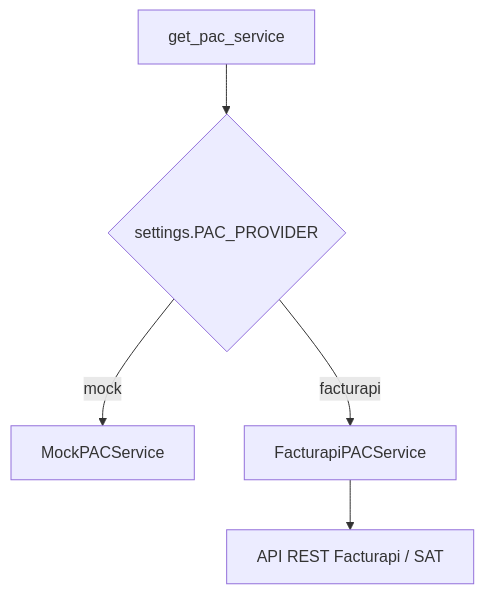
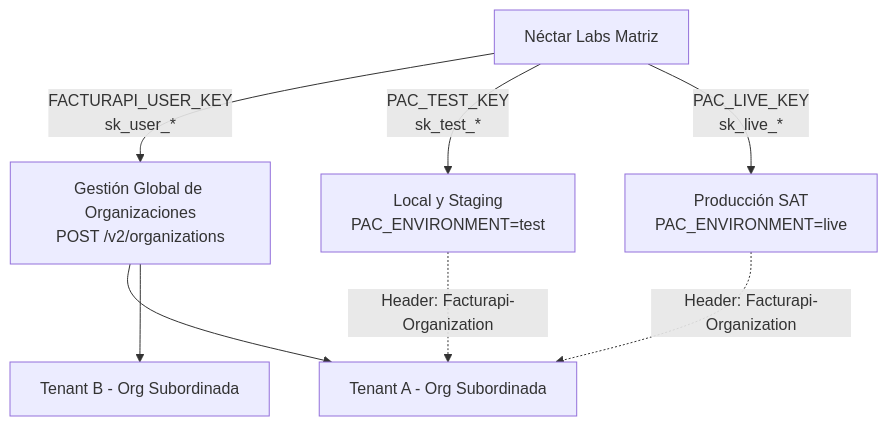
Before and after one commit to Finanzasparahippies/nectarlabs: the diagram in backend/apps/billing/PAC_INTEGRATION_GUIDE.md, drawn with Mermaid. The commit also changed other lines of this file and 33 other files, not shown here.

Commit message:
feat(billing,shipping): facturapi v2 y envia.com multi-tenant

````diff
--- a/backend/apps/billing/PAC_INTEGRATION_GUIDE.md
+++ b/backend/apps/billing/PAC_INTEGRATION_GUIDE.md
@@ -15,7 +11,10 @@
 ```mermaid
 graph TD
-    A[get_pac_service] --> B{settings.PAC_PROVIDER}
-    B -- "mock" --> C[MockPACService]
-    B -- "facturapi" --> D[FacturapiPACService]
-    D --> E[API REST Facturapi / SAT]
+    A[Néctar Labs Matriz] -->|FACTURAPI_USER_KEY<br/>sk_user_*| B[Gestión Global de Organizaciones<br/>POST /v2/organizations]
+    A -->|PAC_TEST_KEY<br/>sk_test_*| C[Local y Staging<br/>PAC_ENVIRONMENT=test]
+    A -->|PAC_LIVE_KEY<br/>sk_live_*| D[Producción SAT<br/>PAC_ENVIRONMENT=live]
+    B --> E[Tenant A - Org Subordinada]
+    B --> F[Tenant B - Org Subordinada]
+    C -.->|Header: Facturapi-Organization| E
+    D -.->|Header: Facturapi-Organization| E
 ```
````
